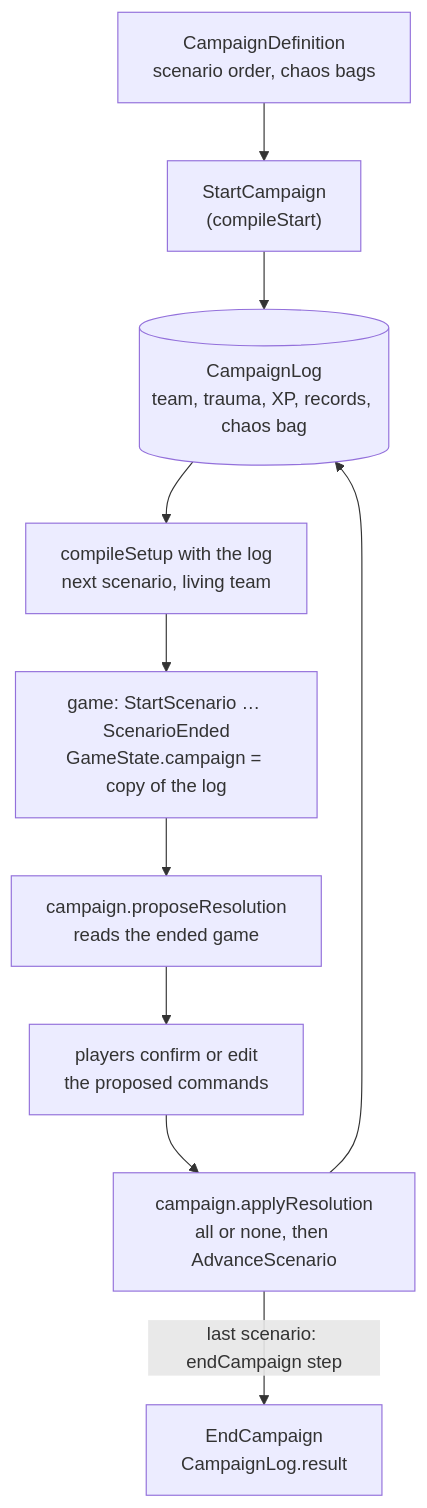
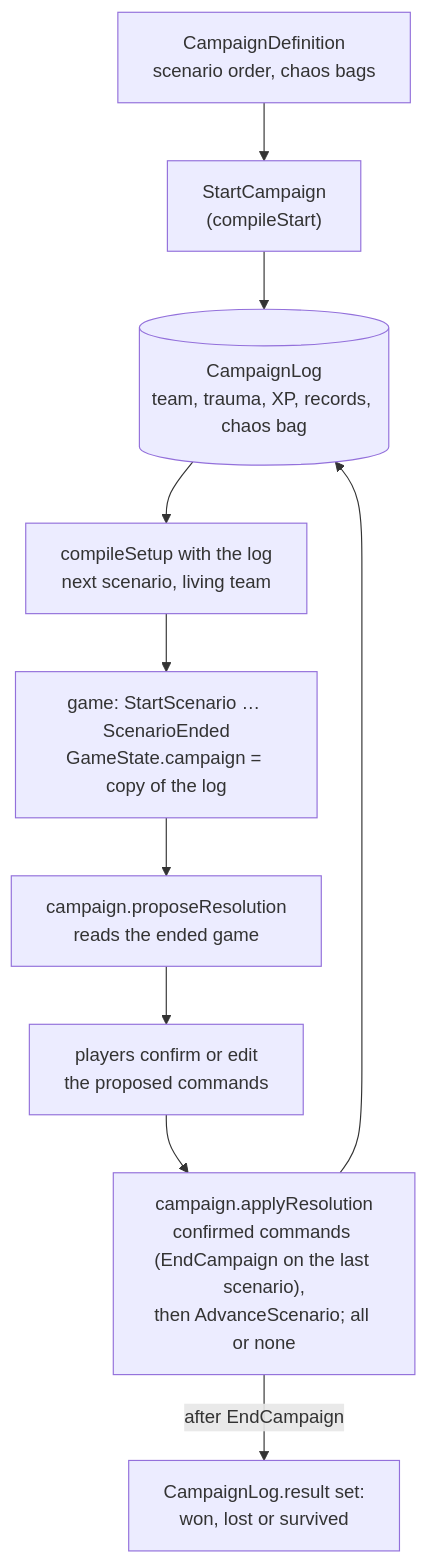
One commit to macandy13/arkham-companion changed the diagram in docs/architecture/campaign.md. Above: the diagram before and after it, drawn with Mermaid. The commit also changed 2 other files, not shown here.

Commit message:
docs: correct engine overview details from review
Claude-Session: https://claude.ai/code/session_011AHounGyt4gkbjxwiCBqqw

````diff
--- a/docs/architecture/campaign.md
+++ b/docs/architecture/campaign.md
@@ -20,12 +20,12 @@
 ```mermaid
 flowchart TD
   DEF["CampaignDefinition<br/>scenario order, chaos bags"] --> START["StartCampaign<br/>(compileStart)"]
   START --> LOG[("CampaignLog<br/>team, trauma, XP, records, chaos bag")]
   LOG --> SETUP["compileSetup with the log<br/>next scenario, living team"]
   SETUP --> GAME["game: StartScenario … ScenarioEnded<br/>GameState.campaign = copy of the log"]
   GAME --> PROP["campaign.proposeResolution<br/>reads the ended game"]
   PROP --> EDIT["players confirm or edit<br/>the proposed commands"]
-  EDIT --> APPLY["campaign.applyResolution<br/>all or none, then AdvanceScenario"]
+  EDIT --> APPLY["campaign.applyResolution<br/>confirmed commands (EndCampaign on the last scenario),<br/>then AdvanceScenario; all or none"]
   APPLY --> LOG
-  APPLY -- "last scenario: endCampaign step" --> END["EndCampaign<br/>CampaignLog.result"]
+  APPLY -- "after EndCampaign" --> END["CampaignLog.result set:<br/>won, lost or survived"]
 ```
````
